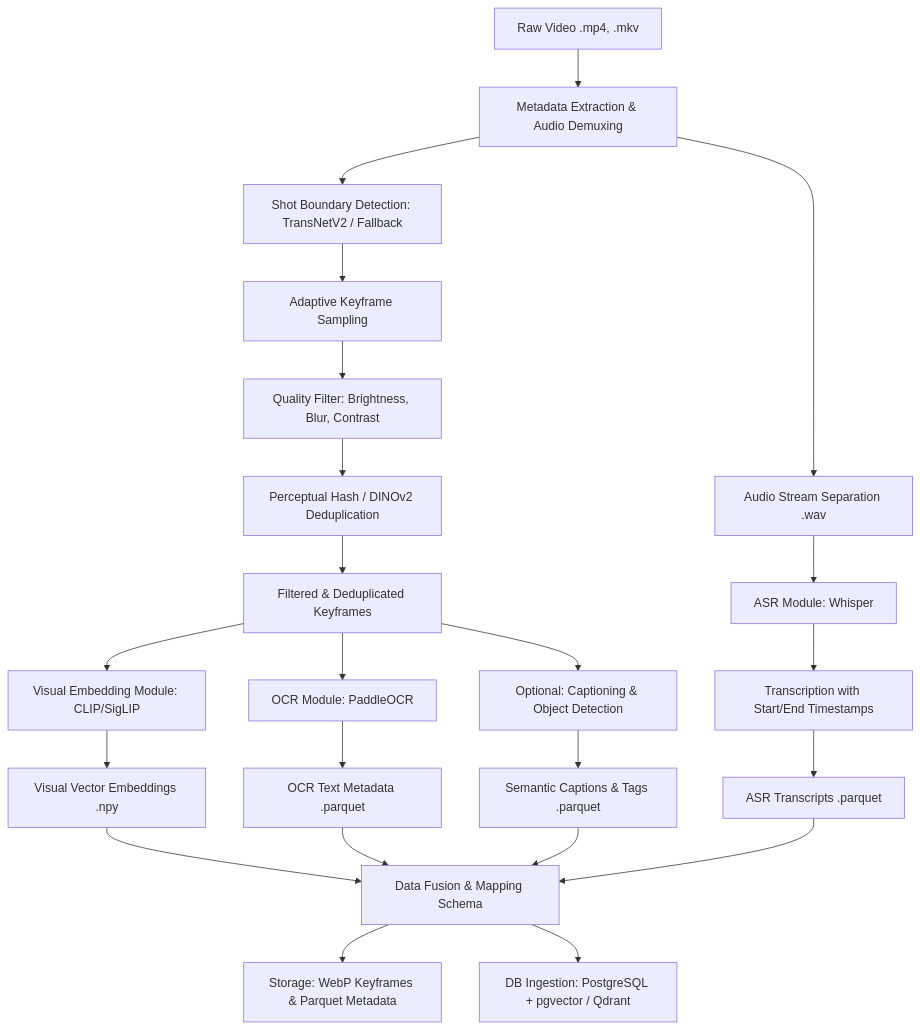
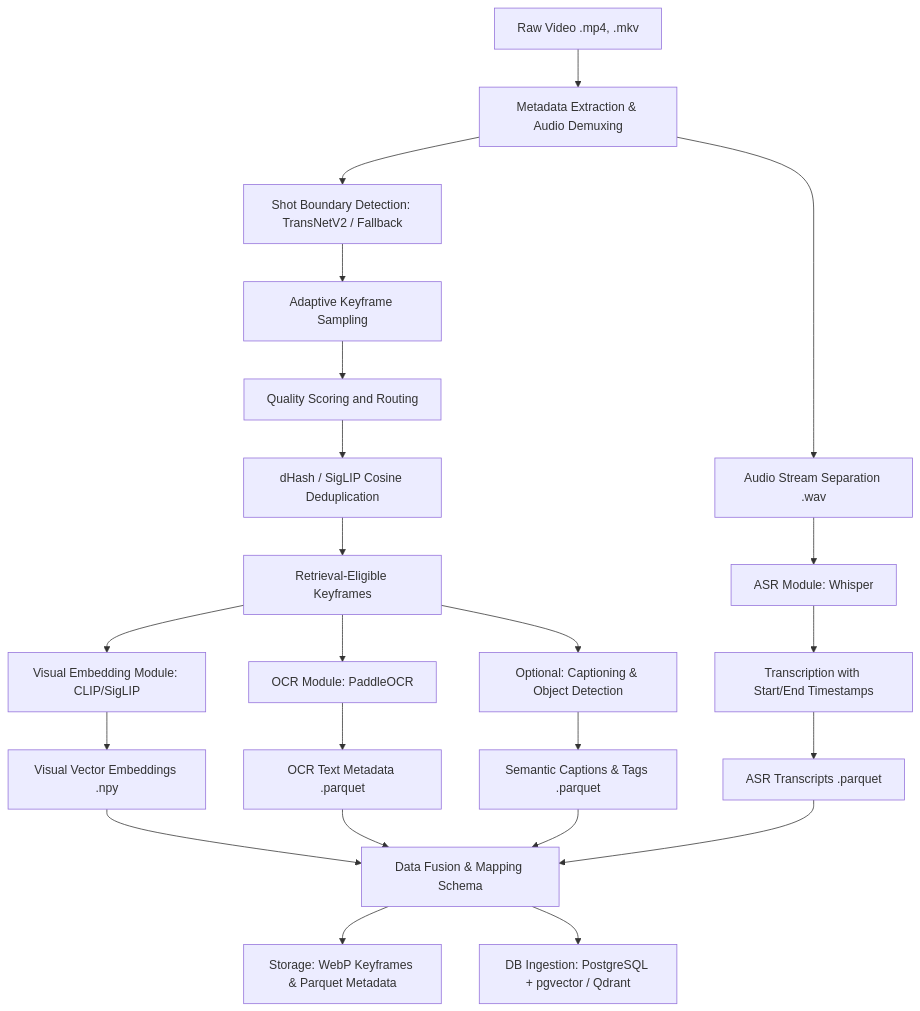
Before and after one commit to Hoaiduc195/aic2026: the diagram in README.md, drawn with Mermaid. The commit also changed other lines of this file and 59 other files, not shown here.

````diff
--- a/README.md
+++ b/README.md
@@ -24,28 +29,28 @@
 ```mermaid
 graph TD
     A[Raw Video .mp4, .mkv] --> B[Metadata Extraction & Audio Demuxing]
     B --> C1[Audio Stream Separation .wav]
     B --> C2[Shot Boundary Detection: TransNetV2 / Fallback]
     
     C1 --> D1[ASR Module: Whisper]
     D1 --> E1[Transcription with Start/End Timestamps]
     
     C2 --> D2[Adaptive Keyframe Sampling]
-    D2 --> D3[Quality Filter: Brightness, Blur, Contrast]
-    D3 --> D4[Perceptual Hash / DINOv2 Deduplication]
+    D2 --> D3[Quality Scoring and Routing]
+    D3 --> D4[dHash / SigLIP Cosine Deduplication]
     
-    D4 --> E2[Filtered & Deduplicated Keyframes]
+    D4 --> E2[Retrieval-Eligible Keyframes]
     
     E2 --> F1[Visual Embedding Module: CLIP/SigLIP]
     E2 --> F2[OCR Module: PaddleOCR]
     E2 --> F3[Optional: Captioning & Object Detection]
     
     F1 --> G1[Visual Vector Embeddings .npy]
     F2 --> G2[OCR Text Metadata .parquet]
     F3 --> G3[Semantic Captions & Tags .parquet]
     E1 --> G4[ASR Transcripts .parquet]
     
     G1 & G2 & G3 & G4 --> H[Data Fusion & Mapping Schema]
     H --> I[Storage: WebP Keyframes & Parquet Metadata]
     H --> J[DB Ingestion: PostgreSQL + pgvector / Qdrant]
 ```
````
